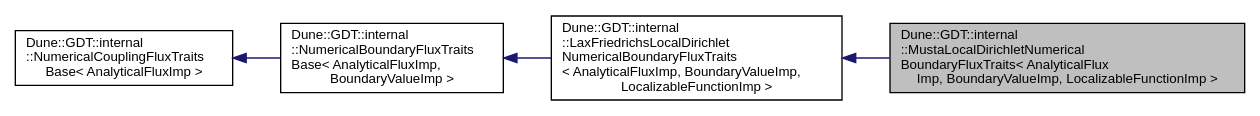
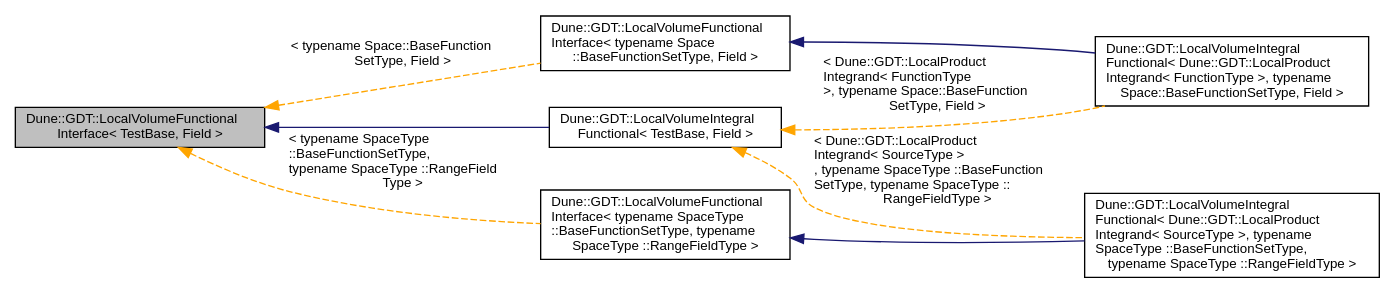
One commit to dune-community/dune-community.github.io changed the diagram in docs/dune-gdt/''/a01307.dot. Above: the diagram before and after it, drawn with Graphviz. The commit also changed 2442 other files, not shown here.

Commit message:
Updated documentation for dune-gdt ''

```diff
--- a/docs/dune-gdt/''/a01307.dot
+++ b/docs/dune-gdt/''/a01307.dot
@@ -1,13 +1,19 @@
-digraph "Dune::GDT::internal::MustaLocalDirichletNumericalBoundaryFluxTraits&lt; AnalyticalFluxImp, BoundaryValueImp, LocalizableFunctionImp &gt;"
+digraph "Dune::GDT::LocalVolumeFunctionalInterface&lt; TestBase, Field &gt;"
 {
   edge [fontname="Helvetica",fontsize="10",labelfontname="Helvetica",labelfontsize="10"];
   node [fontname="Helvetica",fontsize="10",shape=record];
   rankdir="LR";
-  Node0 [label="Dune::GDT::internal\l::MustaLocalDirichletNumerical\lBoundaryFluxTraits\< AnalyticalFlux\lImp, BoundaryValueImp, LocalizableFunctionImp \>",height=0.2,width=0.4,color="black", fillcolor="grey75", style="filled", fontcolor="black"];
-  Node1 -> Node0 [dir="back",color="midnightblue",fontsize="10",style="solid",fontname="Helvetica"];
-  Node1 [label="Dune::GDT::internal\l::LaxFriedrichsLocalDirichlet\lNumericalBoundaryFluxTraits\l\< AnalyticalFluxImp, BoundaryValueImp,\l LocalizableFunctionImp \>",height=0.2,width=0.4,color="black", fillcolor="white", style="filled",URL="$a01260.html"];
-  Node2 -> Node1 [dir="back",color="midnightblue",fontsize="10",style="solid",fontname="Helvetica"];
-  Node2 [label="Dune::GDT::internal\l::NumericalBoundaryFluxTraits\lBase\< AnalyticalFluxImp,\l BoundaryValueImp \>",height=0.2,width=0.4,color="black", fillcolor="white", style="filled",URL="$a01120.html"];
-  Node3 -> Node2 [dir="back",color="midnightblue",fontsize="10",style="solid",fontname="Helvetica"];
-  Node3 [label="Dune::GDT::internal\l::NumericalCouplingFluxTraits\lBase\< AnalyticalFluxImp \>",height=0.2,width=0.4,color="black", fillcolor="white", style="filled",URL="$a01116.html"];
+  Node0 [label="Dune::GDT::LocalVolumeFunctional\lInterface\< TestBase, Field \>",height=0.2,width=0.4,color="black", fillcolor="grey75", style="filled", fontcolor="black"];
+  Node0 -> Node1 [dir="back",color="midnightblue",fontsize="10",style="solid",fontname="Helvetica"];
+  Node1 [label="Dune::GDT::LocalVolumeIntegral\lFunctional\< TestBase, Field \>",height=0.2,width=0.4,color="black", fillcolor="white", style="filled",URL="$a01300.html"];
+  Node1 -> Node2 [dir="back",color="orange",fontsize="10",style="dashed",label=" \< Dune::GDT::LocalProduct\lIntegrand\< FunctionType\l \>, typename Space::BaseFunction\lSetType, Field \>" ,fontname="Helvetica"];
+  Node2 [label="Dune::GDT::LocalVolumeIntegral\lFunctional\< Dune::GDT::LocalProduct\lIntegrand\< FunctionType \>, typename\l Space::BaseFunctionSetType, Field \>",height=0.2,width=0.4,color="black", fillcolor="white", style="filled",URL="$a01300.html"];
+  Node1 -> Node3 [dir="back",color="orange",fontsize="10",style="dashed",label=" \< Dune::GDT::LocalProduct\lIntegrand\< SourceType \>\l, typename SpaceType ::BaseFunction\lSetType, typename SpaceType ::\lRangeFieldType \>" ,fontname="Helvetica"];
+  Node3 [label="Dune::GDT::LocalVolumeIntegral\lFunctional\< Dune::GDT::LocalProduct\lIntegrand\< SourceType \>, typename\l SpaceType ::BaseFunctionSetType,\l typename SpaceType ::RangeFieldType \>",height=0.2,width=0.4,color="black", fillcolor="white", style="filled",URL="$a01300.html"];
+  Node0 -> Node4 [dir="back",color="orange",fontsize="10",style="dashed",label=" \< typename SpaceType\l ::BaseFunctionSetType,\l typename SpaceType ::RangeField\lType \>" ,fontname="Helvetica"];
+  Node4 [label="Dune::GDT::LocalVolumeFunctional\lInterface\< typename SpaceType\l ::BaseFunctionSetType, typename\l SpaceType ::RangeFieldType \>",height=0.2,width=0.4,color="black", fillcolor="white", style="filled",URL="$a01308.html"];
+  Node4 -> Node3 [dir="back",color="midnightblue",fontsize="10",style="solid",fontname="Helvetica"];
+  Node0 -> Node5 [dir="back",color="orange",fontsize="10",style="dashed",label=" \< typename Space::BaseFunction\lSetType, Field \>" ,fontname="Helvetica"];
+  Node5 [label="Dune::GDT::LocalVolumeFunctional\lInterface\< typename Space\l::BaseFunctionSetType, Field \>",height=0.2,width=0.4,color="black", fillcolor="white", style="filled",URL="$a01308.html"];
+  Node5 -> Node2 [dir="back",color="midnightblue",fontsize="10",style="solid",fontname="Helvetica"];
 }
```
